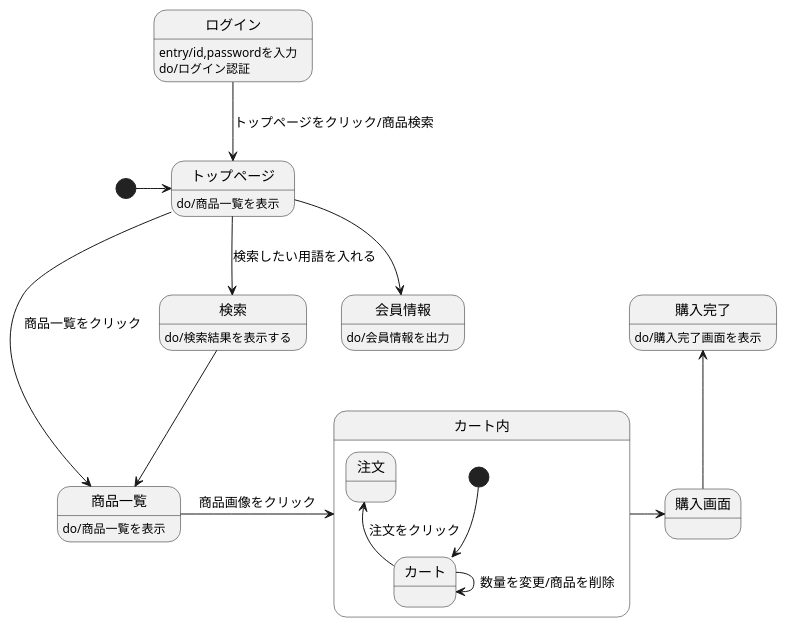
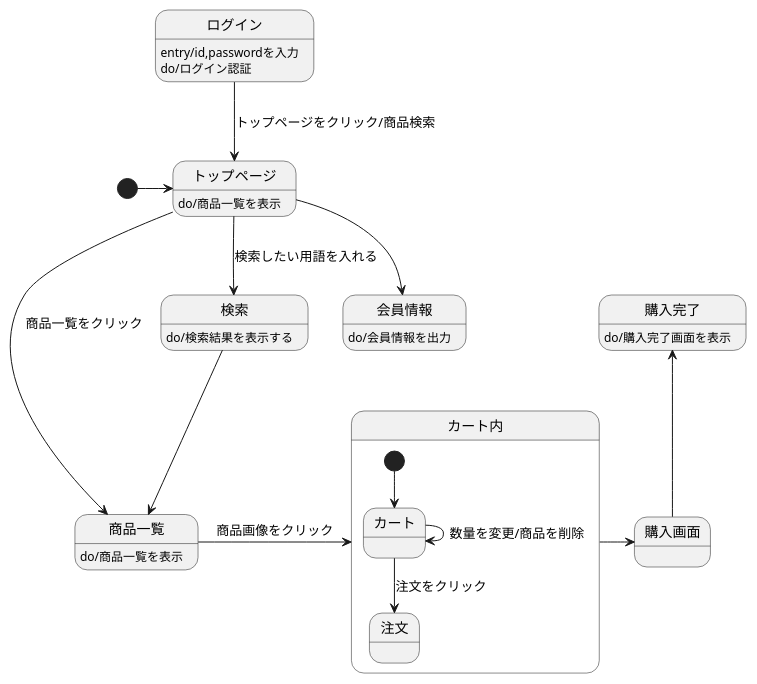
Before and after one commit to Aso2001224/2021sys-design: the diagram in 画面遷移図(original).md, drawn with PlantUML.

````diff
--- a/画面遷移図(original).md
+++ b/画面遷移図(original).md
@@ -1,25 +1,25 @@
 ```uml
 @startuml
 [*]->トップページ
 トップページ:do/商品一覧を表示
 ログイン-->トップページ:トップページをクリック/商品検索
 ログイン:entry/id,passwordを入力
 ログイン:do/ログイン認証
 トップページ-->会員情報
 会員情報:do/会員情報を出力
 トップページ-->検索 :検索したい用語を入れる
 検索:do/検索結果を表示する
 トップページ-->商品一覧 :商品一覧をクリック
 検索-->商品一覧
 商品一覧:do/商品一覧を表示
 商品一覧-right->カート内: 商品画像をクリック
 カート内-right-> 購入画面
 購入画面-up->購入完了
 購入完了:do/購入完了画面を表示
 
 state カート内{
 [*]--> カート
-カート-up-> 注文: 注文をクリック
+カート-down-> 注文: 注文をクリック
 カート->カート: 数量を変更/商品を削除
 @enduml
 ```
````
